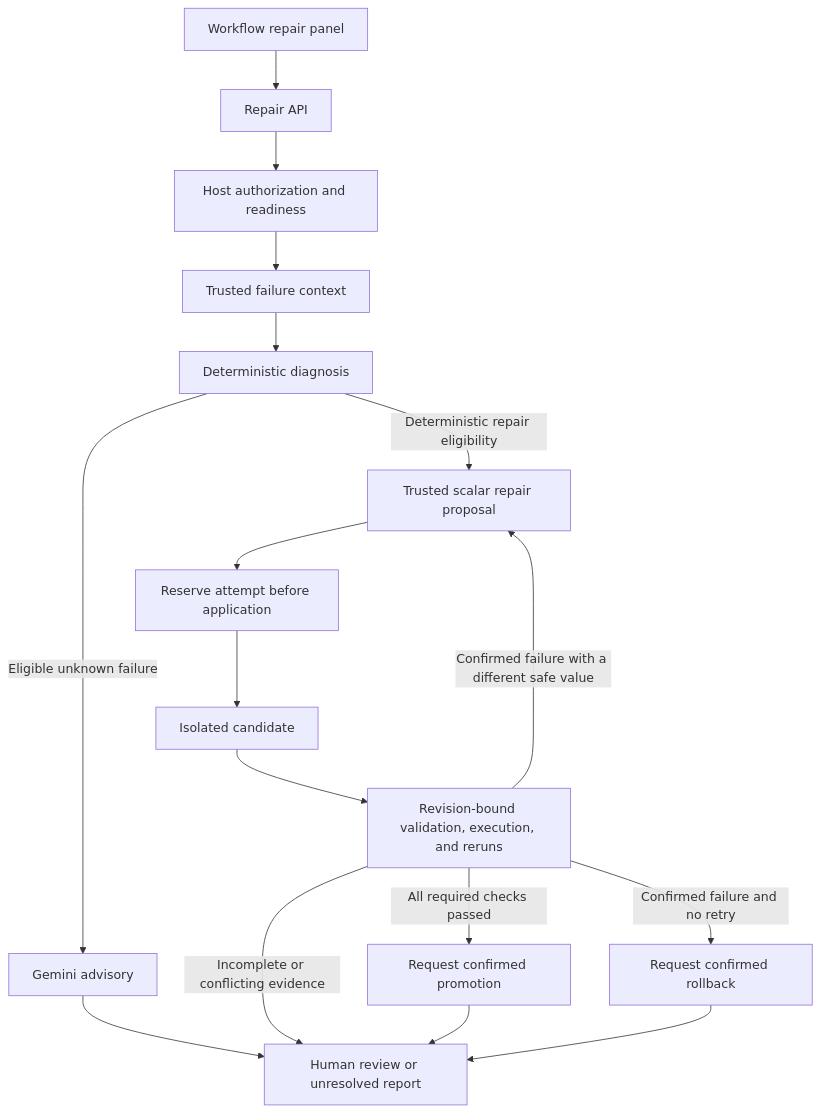
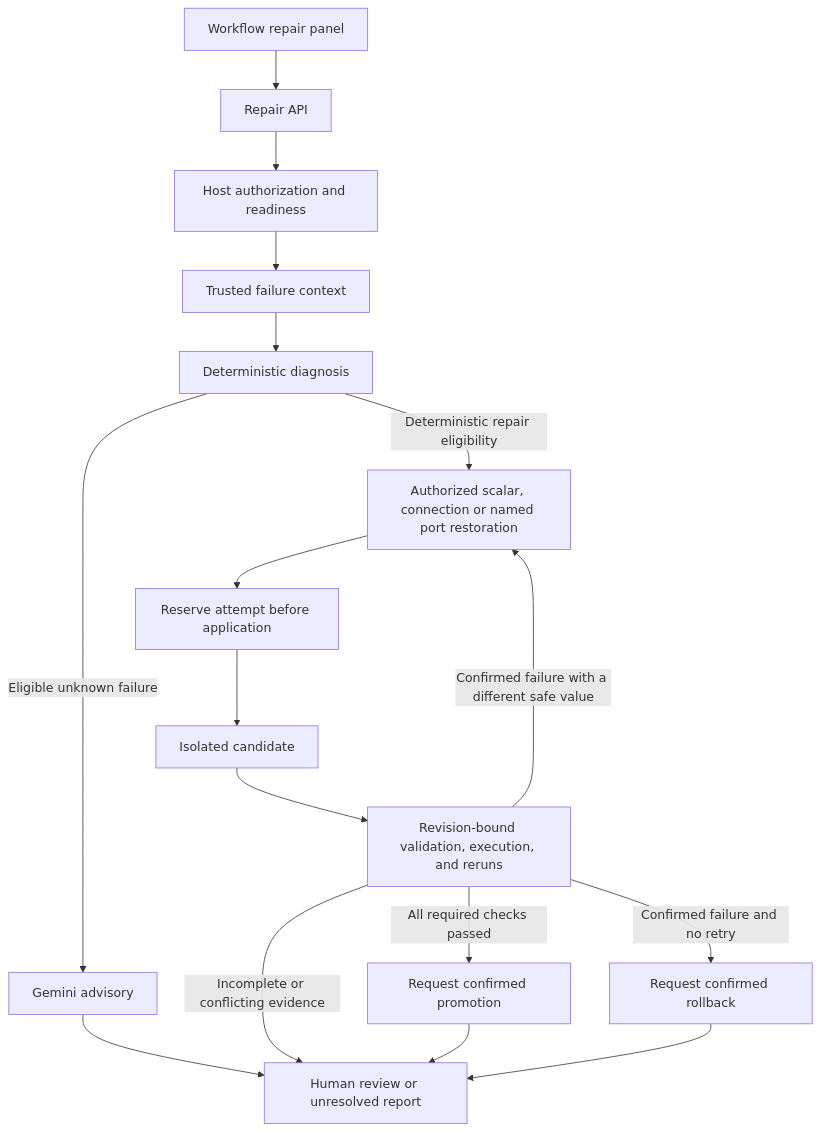
One commit to vaishnavtt/Agent_build changed the diagram in docs/MEMBER6_IMPLEMENTATION.md. Above: the diagram before and after it, drawn with Mermaid. The commit also changed other lines of this file and 2 other files, not shown here.

Commit message:
docs(repair): record validation evidence and production handoff

````diff
--- a/docs/MEMBER6_IMPLEMENTATION.md
+++ b/docs/MEMBER6_IMPLEMENTATION.md
@@ -11,19 +11,19 @@
 ```mermaid
 flowchart TD
     UI[Workflow repair panel] --> API[Repair API]
     API --> Gate[Host authorization and readiness]
     Gate --> Evidence[Trusted failure context]
     Evidence --> Diagnose[Deterministic diagnosis]
     Diagnose -->|Eligible unknown failure| Advisory[Gemini advisory]
     Advisory --> Report[Human review or unresolved report]
-    Diagnose -->|Deterministic repair eligibility| Plan[Trusted scalar repair proposal]
+    Diagnose -->|Deterministic repair eligibility| Plan[Authorized scalar, connection or named port restoration]
     Plan --> Claim[Reserve attempt before application]
     Claim --> Candidate[Isolated candidate]
     Candidate --> Verify[Revision-bound validation, execution, and reruns]
     Verify -->|All required checks passed| Promote[Request confirmed promotion]
     Verify -->|Confirmed failure with a different safe value| Plan
     Verify -->|Confirmed failure and no retry| Rollback[Request confirmed rollback]
     Verify -->|Incomplete or conflicting evidence| Report
     Promote --> Report
     Rollback --> Report
 ```
````
